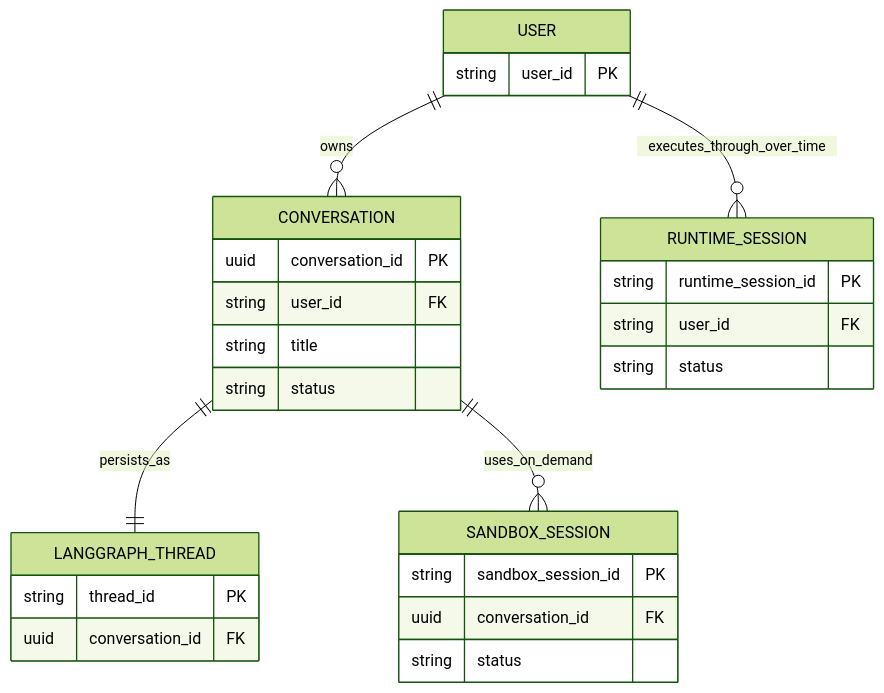
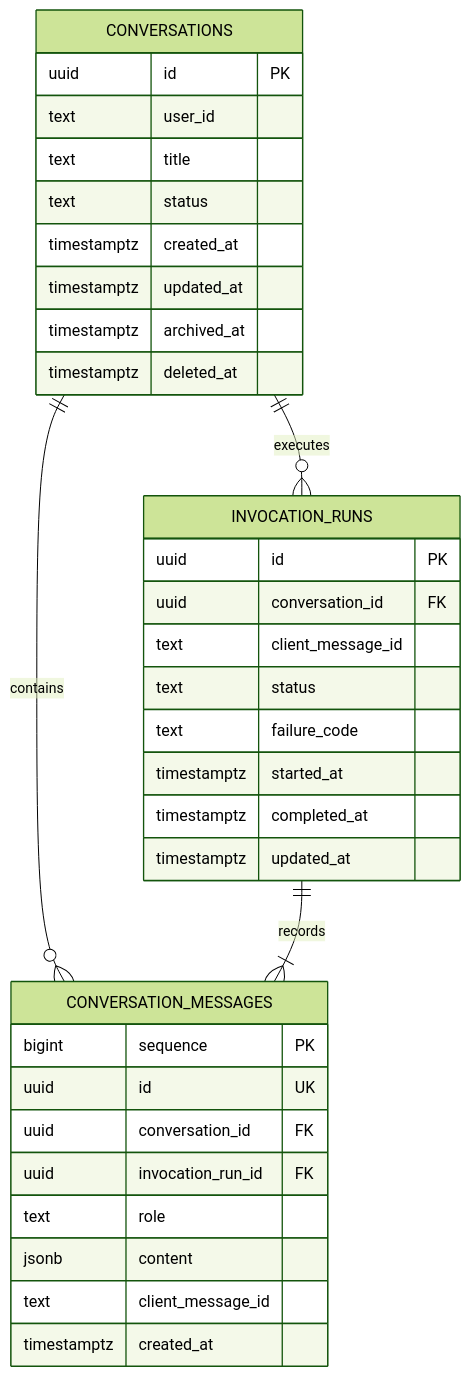
Before and after one commit to T-1009/personal-assistant: the third of 5 diagrams in personal-assistant-meta/issues/features/feature-14-multi-session-runtime-prewarm/issue.md, drawn with Mermaid (forest theme). The commit also changed other lines of this file and 3 other files, not shown here.

````diff
--- a/personal-assistant-meta/issues/features/feature-14-multi-session-runtime-prewarm/issue.md
+++ b/personal-assistant-meta/issues/features/feature-14-multi-session-runtime-prewarm/issue.md
@@ -252,31 +319,37 @@
 ```mermaid
 erDiagram
-    USER ||--o{ CONVERSATION : owns
-    USER ||--o{ RUNTIME_SESSION : executes_through_over_time
-    CONVERSATION ||--|| LANGGRAPH_THREAD : persists_as
-    CONVERSATION ||--o{ SANDBOX_SESSION : uses_on_demand
+    CONVERSATIONS ||--o{ CONVERSATION_MESSAGES : contains
+    CONVERSATIONS ||--o{ INVOCATION_RUNS : executes
+    INVOCATION_RUNS ||--|{ CONVERSATION_MESSAGES : records
 
-    USER {
-        string user_id PK
+    CONVERSATIONS {
+        uuid id PK
+        text user_id
+        text title
+        text status
+        timestamptz created_at
+        timestamptz updated_at
+        timestamptz archived_at
+        timestamptz deleted_at
     }
-    CONVERSATION {
-        uuid conversation_id PK
-        string user_id FK
-        string title
-        string status
+    CONVERSATION_MESSAGES {
+        bigint sequence PK
+        uuid id UK
+        uuid conversation_id FK
+        uuid invocation_run_id FK
+        text role
+        jsonb content
+        text client_message_id
+        timestamptz created_at
     }
-    LANGGRAPH_THREAD {
-        string thread_id PK
+    INVOCATION_RUNS {
+        uuid id PK
         uuid conversation_id FK
-    }
-    RUNTIME_SESSION {
-        string runtime_session_id PK
-        string user_id FK
-        string status
-    }
-    SANDBOX_SESSION {
-        string sandbox_session_id PK
-        uuid conversation_id FK
-        string status
+        text client_message_id
+        text status
+        text failure_code
+        timestamptz started_at
+        timestamptz completed_at
+        timestamptz updated_at
     }
 ```
````
